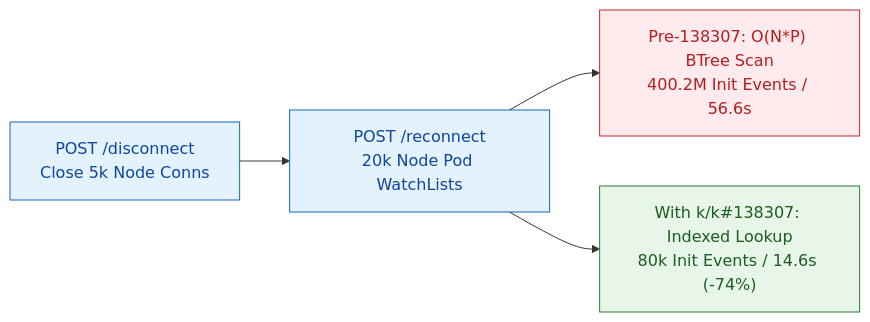
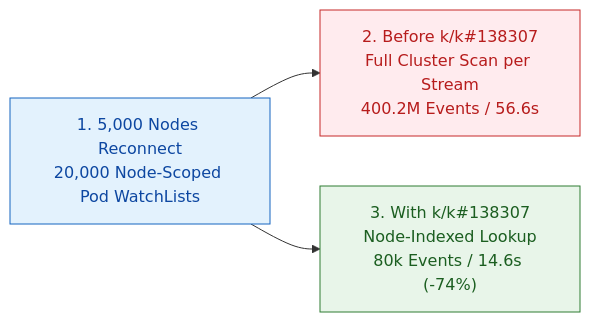
The diagram in studies/2026-10-09-node-reconnect-watchlist-storm.md (Jefftree/kubelite), drawn with Mermaid before and after one commit. The commit also changed other lines of this file, not shown here.

Commit message:
Improve readability of 2026-10-09-node-reconnect-watchlist-storm.md

````diff
--- a/studies/2026-10-09-node-reconnect-watchlist-storm.md
+++ b/studies/2026-10-09-node-reconnect-watchlist-storm.md
@@ -9,13 +11,12 @@
 ```mermaid
 flowchart LR
-    Disc["POST /disconnect<br/>Close 5k Node Conns"] --> Reconn["POST /reconnect<br/>20k Node Pod WatchLists"]
-    Reconn --> Pre["Pre-138307: O(N*P) BTree Scan<br/>400.2M Init Events / 56.6s"]
-    Reconn --> Post["With k/k#138307: Indexed Lookup<br/>80k Init Events / 14.6s (-74%)"]
+    Storm["1. 5,000 Nodes Reconnect<br/>20,000 Node-Scoped Pod WatchLists"] --> Pre["2. Before k/k#138307<br/>Full Cluster Scan per Stream<br/>400.2M Events / 56.6s"]
+    Storm --> Post["3. With k/k#138307<br/>Node-Indexed Lookup<br/>80k Events / 14.6s (-74%)"]
 
+    classDef blue fill:#e3f2fd,stroke:#1565c0,color:#0d47a1
     classDef red fill:#ffebee,stroke:#c62828,color:#b71c1c
     classDef green fill:#e8f5e9,stroke:#2e7d32,color:#1b5e20
-    classDef blue fill:#e3f2fd,stroke:#1565c0,color:#0d47a1
-    class Disc,Reconn blue
+    class Storm blue
     class Pre red
     class Post green
 ```
````
